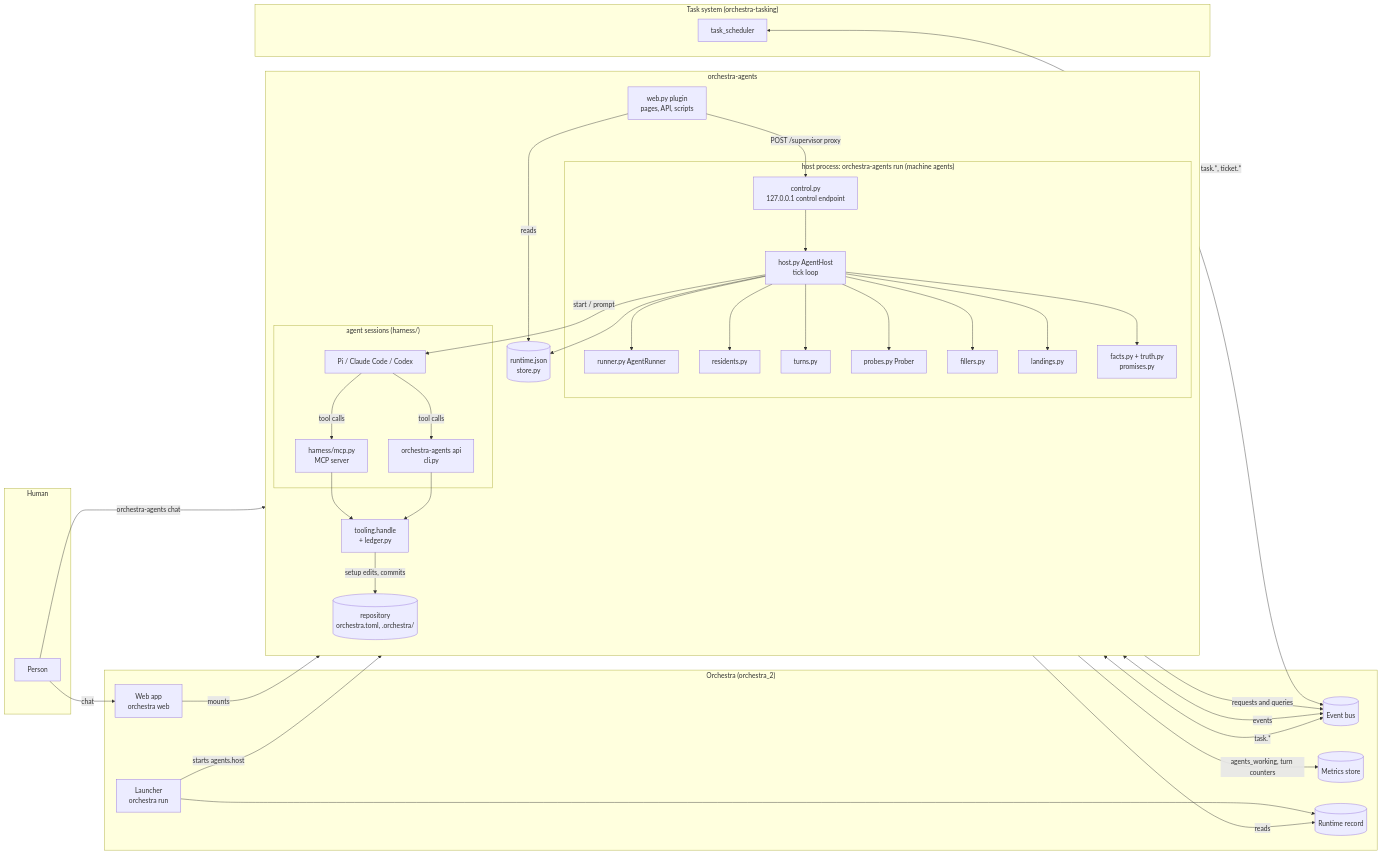
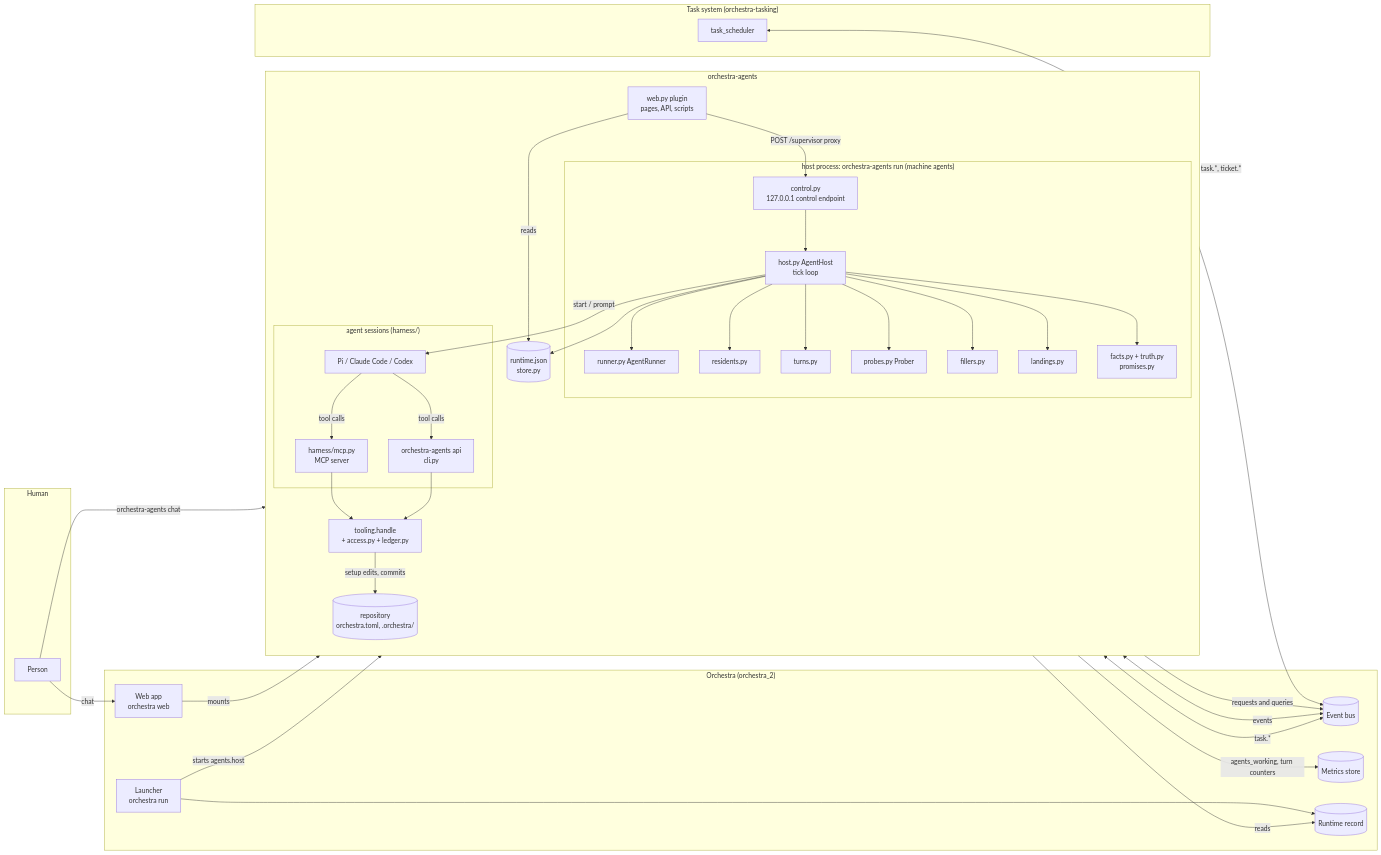
Before and after one commit to danroblewis/orchestra-agents: the first of 5 diagrams in ARCHITECTURE.md, drawn with Mermaid. The commit also changed other lines of this file and 19 other files, not shown here.

````diff
--- a/ARCHITECTURE.md
+++ b/ARCHITECTURE.md
@@ -66,64 +66,64 @@
 ```mermaid
 flowchart LR
   subgraph Human
     H[Person]
   end
 
   subgraph Orchestra["Orchestra (orchestra_2)"]
     BUS[(Event bus)]
     MET[(Metrics store)]
     LAUNCH[Launcher<br/>orchestra run]
     WEBAPP[Web app<br/>orchestra web]
     RT[(Runtime record)]
   end
 
   subgraph Tasking["Task system (orchestra-tasking)"]
     SCHED[task_scheduler]
   end
 
   subgraph Agents["orchestra-agents"]
     direction TB
     PLUGIN["web.py plugin<br/>pages, API, scripts"]
     subgraph HostProc["host process: orchestra-agents run (machine agents)"]
       HOST[host.py AgentHost<br/>tick loop]
       CTRL[control.py<br/>127.0.0.1 control endpoint]
       RUN[runner.py AgentRunner]
       RES[residents.py]
       TURNS[turns.py]
       PROBE[probes.py Prober]
       FILL[fillers.py]
       LAND[landings.py]
       FACTS[facts.py + truth.py<br/>promises.py]
     end
     subgraph Sessions["agent sessions (harness/)"]
       HAR[Pi / Claude Code / Codex]
       MCP[harness/mcp.py<br/>MCP server]
       API[orchestra-agents api<br/>cli.py]
     end
-    TOOL[tooling.handle<br/>+ ledger.py]
+    TOOL[tooling.handle<br/>+ access.py + ledger.py]
     STORE[(runtime.json<br/>store.py)]
     REPO[(repository<br/>orchestra.toml, .orchestra/)]
   end
 
   H -- chat --> WEBAPP
   H -- orchestra-agents chat --> CTRL
   WEBAPP -- mounts --> PLUGIN
   PLUGIN -- POST /supervisor proxy --> CTRL
   PLUGIN -- reads --> STORE
   LAUNCH -- starts agents.host --> HOST
   CTRL --> HOST
   HOST --> RUN & RES & TURNS & PROBE & FILL & LAND & FACTS
   HOST -- start / prompt --> HAR
   HAR -- tool calls --> MCP & API
   MCP --> TOOL
   API --> TOOL
   TOOL -- requests and queries --> BUS
   TOOL -- setup edits, commits --> REPO
   TOOL -- reads --> RT
   HOST <-- events --> BUS
   RUN <-- task.* --> BUS
   SCHED <-- task.*, ticket.* --> BUS
   HOST --> STORE
   STORE -- agents_working, turn counters --> MET
   LAUNCH --> RT
 ```
````
